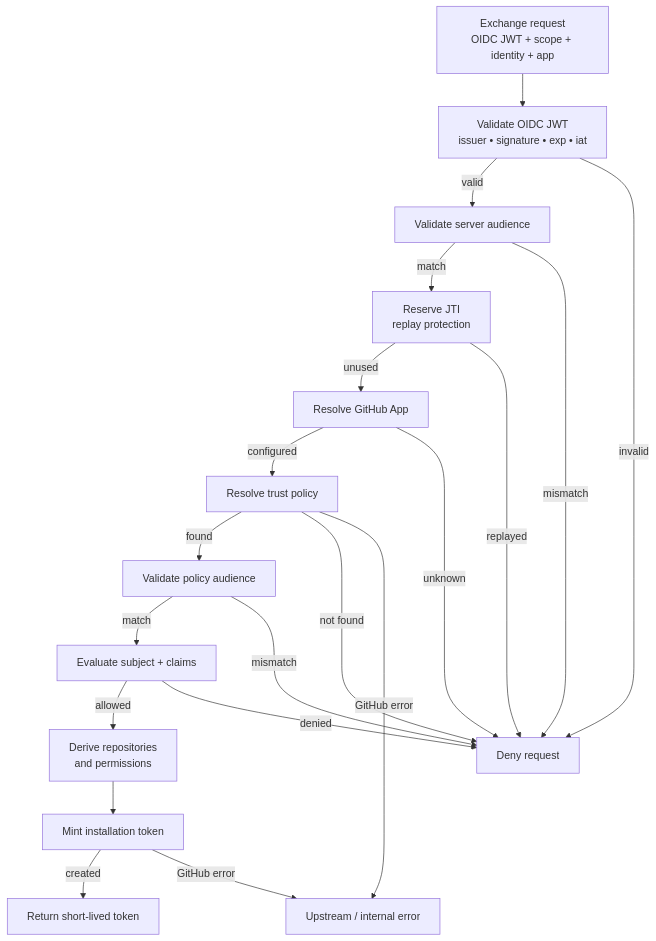
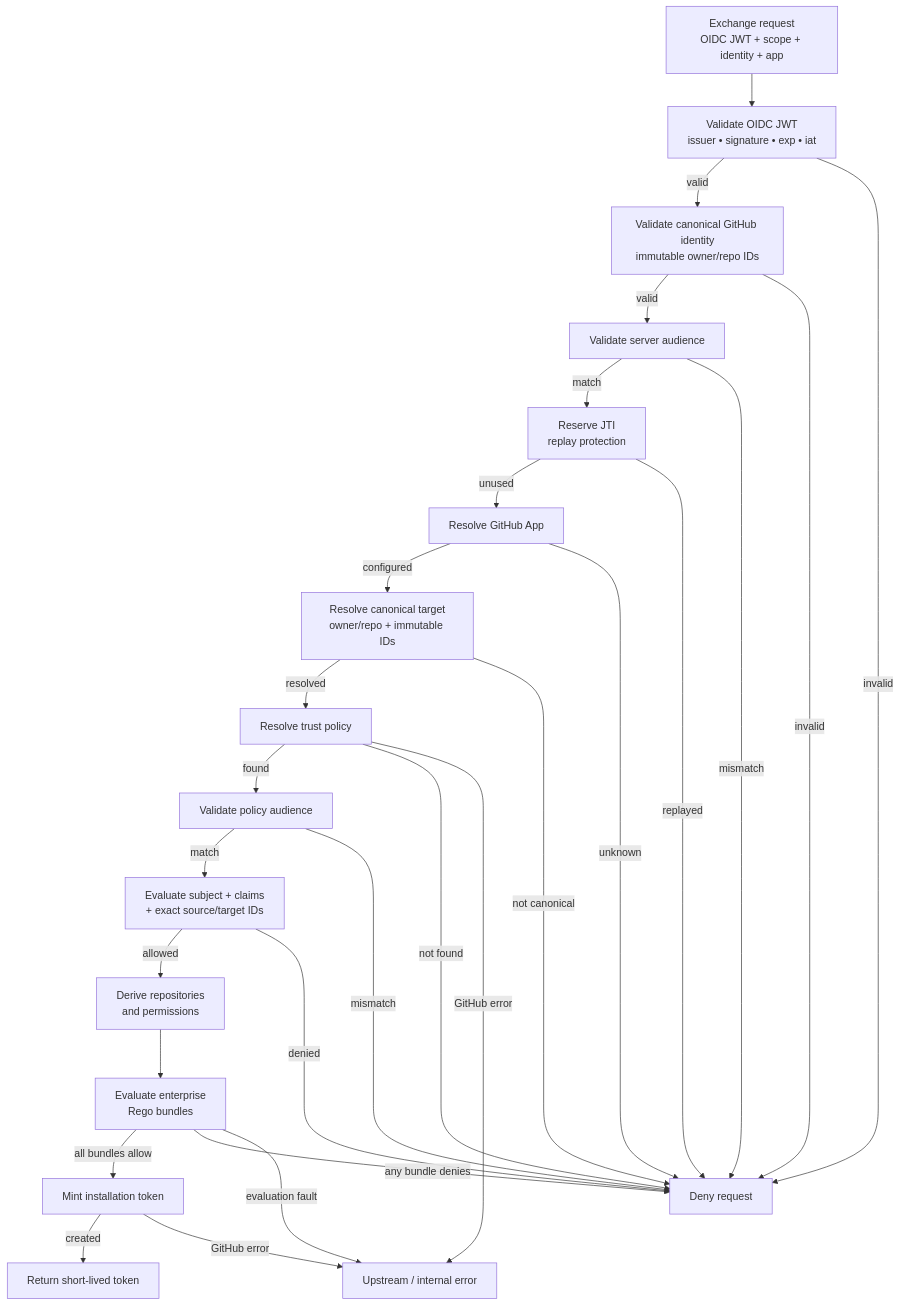
One commit to Depthmark/github-sts changed the third of 4 diagrams in docs/content/en/concepts/architecture.md. Above: the diagram before and after it, drawn with Mermaid. The commit also changed other lines of this file and 89 other files, not shown here.

````diff
--- a/docs/content/en/concepts/architecture.md
+++ b/docs/content/en/concepts/architecture.md
@@ -109,47 +112,60 @@
 ```mermaid
 flowchart TD
     A["Exchange request<br/>OIDC JWT + scope + identity + app"]
 
     B["Validate OIDC JWT<br/>issuer • signature • exp • iat"]
+    B2["Validate canonical GitHub identity<br/>immutable owner/repo IDs"]
     C["Validate server audience"]
     D["Reserve JTI<br/>replay protection"]
     E["Resolve GitHub App"]
+    E2["Resolve canonical target<br/>owner/repo + immutable IDs"]
     F["Resolve trust policy"]
     G["Validate policy audience"]
-    H["Evaluate subject + claims"]
+    H["Evaluate subject + claims<br/>+ exact source/target IDs"]
     I["Derive repositories<br/>and permissions"]
+    R["Evaluate enterprise<br/>Rego bundles"]
     J["Mint installation token"]
     K["Return short-lived token"]
 
     DENY["Deny request"]
     ERROR["Upstream / internal error"]
 
     A --> B
 
-    B -->|valid| C
+    B -->|valid| B2
     B -->|invalid| DENY
+
+    B2 -->|valid| C
+    B2 -->|invalid| DENY
 
     C -->|match| D
     C -->|mismatch| DENY
 
     D -->|unused| E
     D -->|replayed| DENY
 
-    E -->|configured| F
+    E -->|configured| E2
     E -->|unknown| DENY
+
+    E2 -->|resolved| F
+    E2 -->|not canonical| DENY
 
     F -->|found| G
     F -->|not found| DENY
     F -->|GitHub error| ERROR
 
     G -->|match| H
     G -->|mismatch| DENY
 
     H -->|allowed| I
     H -->|denied| DENY
 
-    I --> J
+    I --> R
+
+    R -->|all bundles allow| J
+    R -->|any bundle denies| DENY
+    R -->|evaluation fault| ERROR
 
     J -->|created| K
     J -->|GitHub error| ERROR
 ```
````
